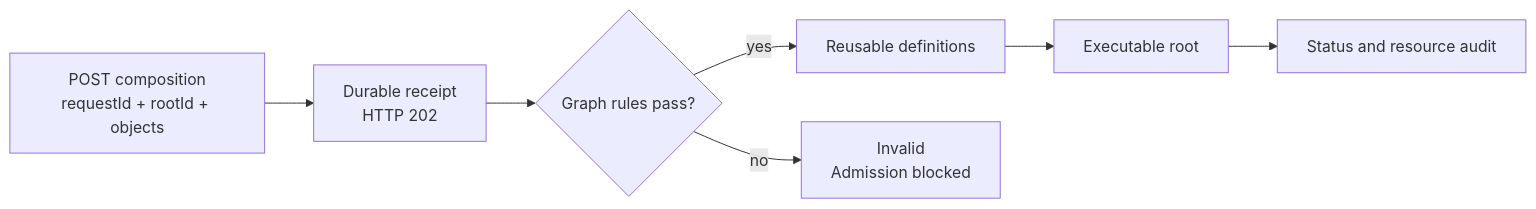
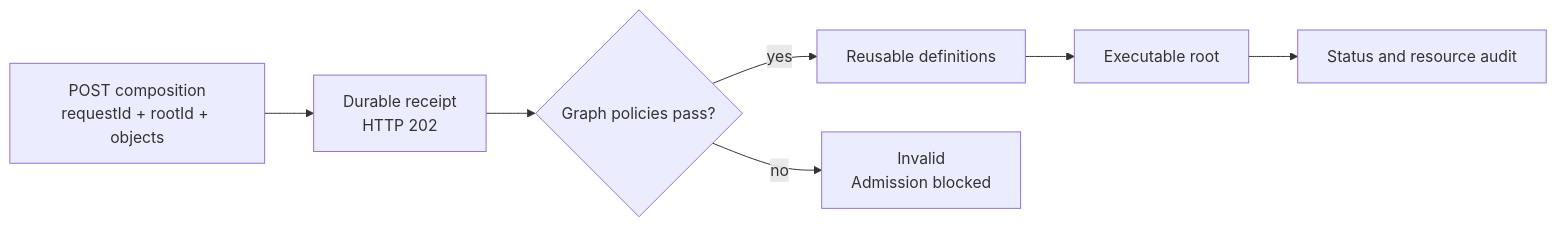
One commit to astrivant/polyad changed the diagram in docs/apis/composition-requests.md. Above: the diagram before and after it, drawn with Mermaid. The commit also changed other lines of this file and 182 other files, not shown here.

Commit message:
GraphPolicies rename

````diff
--- a/docs/apis/composition-requests.md
+++ b/docs/apis/composition-requests.md
@@ -26,9 +26,9 @@
 ```mermaid
 flowchart LR
     request["POST composition<br/>requestId + rootId + objects"] --> receipt["Durable receipt<br/>HTTP 202"]
-    receipt --> policy{"Graph rules pass?"}
+    receipt --> policy{"Graph policies pass?"}
     policy -->|yes| definitions["Reusable definitions"]
     definitions --> root["Executable root"]
     root --> audit["Status and resource audit"]
     policy -->|no| invalid["Invalid<br/>Admission blocked"]
 ```
````
